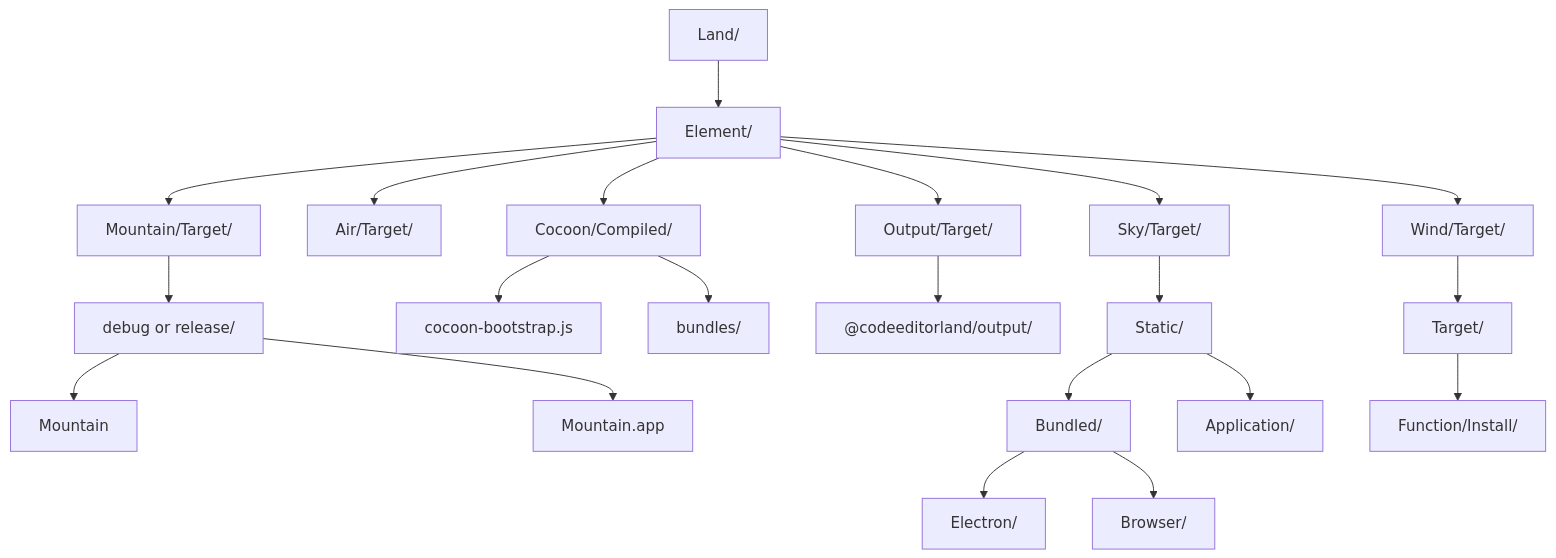
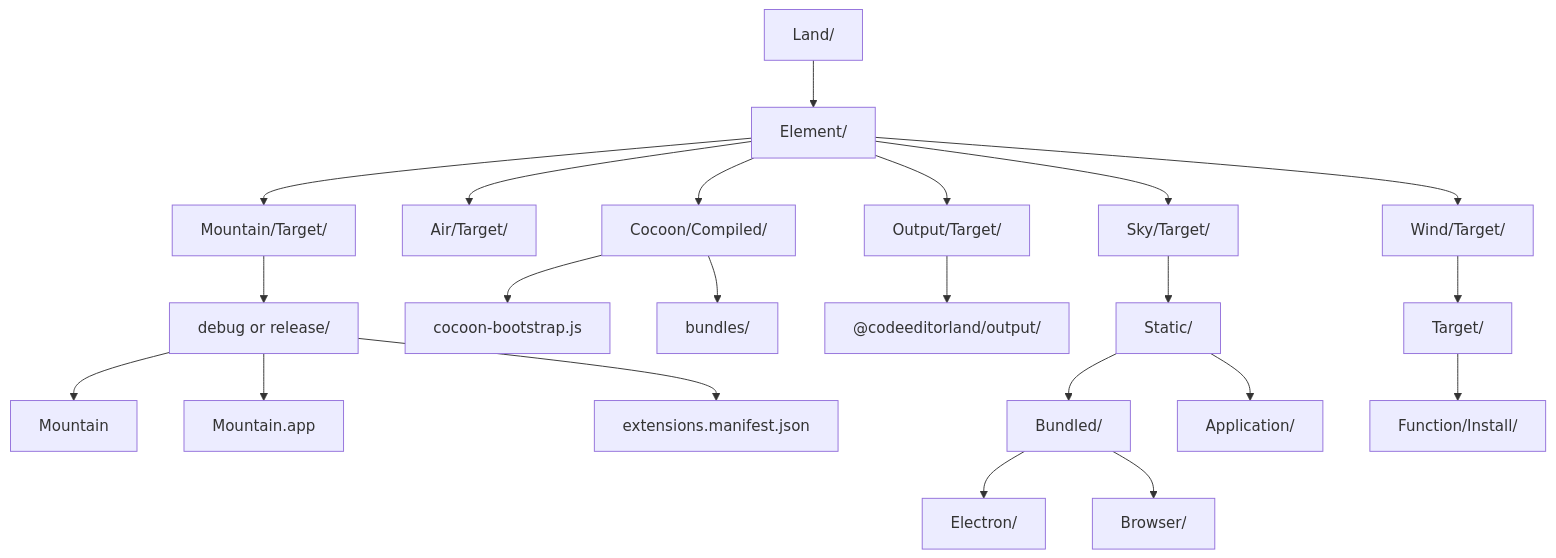
Before and after one commit to CodeEditorLand/Land: the third of 3 diagrams in Documentation/GitHub/BuildPipeline.md, drawn with Mermaid. The commit also changed other lines of this file and 21 other files, not shown here.

````diff
--- a/Documentation/GitHub/BuildPipeline.md
+++ b/Documentation/GitHub/BuildPipeline.md
@@ -376,28 +402,29 @@
 ```mermaid
 graph TB
     Root[Land/] --> Element[Element/]
     Element --> Mountain[Mountain/Target/]
     Element --> Air[Air/Target/]
     Element --> Cocoon[Cocoon/Compiled/]
     Element --> Output[Output/Target/]
     Element --> Sky[Sky/Target/]
     Element --> Wind[Wind/Target/]
 
     Mountain --> MountainDebug[debug or release/]
     MountainDebug --> MountainBin[Mountain]
     MountainDebug --> MountainApp[Mountain.app]
+    MountainDebug --> MountainManifest[extensions.manifest.json]
 
     Cocoon --> CocoonBootstrap[cocoon-bootstrap.js]
     Cocoon --> CocoonBundles[bundles/]
 
     Output --> OutputPkg["@codeeditorland/output/"]
 
     Sky --> SkyStatic[Static/]
     SkyStatic --> SkyBundled[Bundled/]
     SkyBundled --> SkyElectron[Electron/]
     SkyBundled --> SkyBrowser[Browser/]
     SkyStatic --> SkyApp[Application/]
 
     Wind --> WindTarget[Target/]
     WindTarget --> WindFn[Function/Install/]
 ```
````
